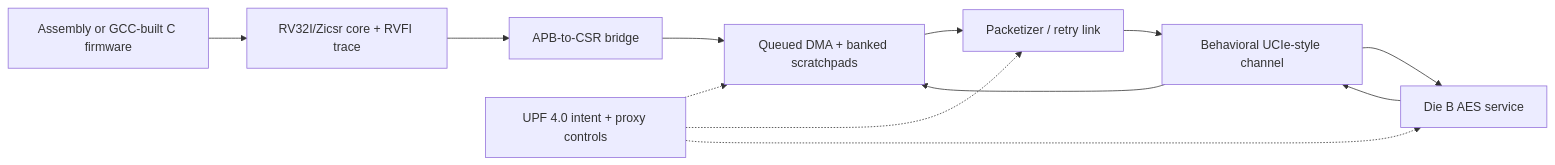
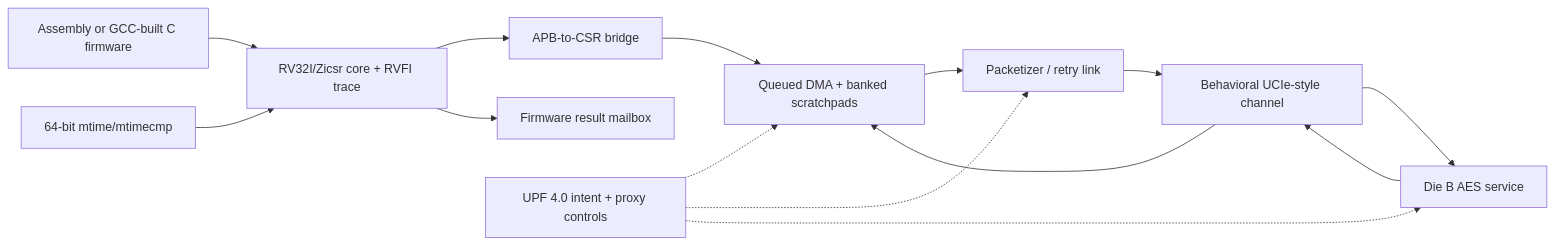
The diagram in README.md (ed766/ucie_chiplet_soc), drawn with Mermaid before and after one commit. The commit also changed other lines of this file and 105 other files, not shown here.

Commit message:
Strengthen GCC firmware architectural validation

````diff
--- a/README.md
+++ b/README.md
@@ -9,14 +9,16 @@
 ```mermaid
 flowchart LR
     ROM["Assembly or GCC-built C firmware"] --> CPU["RV32I/Zicsr core + RVFI trace"]
     CPU --> APB["APB-to-CSR bridge"]
+    TMR["64-bit mtime/mtimecmp"] --> CPU
+    CPU --> MBX["Firmware result mailbox"]
     APB --> DMA["Queued DMA + banked scratchpads"]
     DMA --> PKT["Packetizer / retry link"]
     PKT --> CH["Behavioral UCIe-style channel"]
     CH --> AES["Die B AES service"]
     AES --> CH
     CH --> DMA
     PWR["UPF 4.0 intent + proxy controls"] -.-> DMA
     PWR -.-> PKT
     PWR -.-> AES
 ```
````
